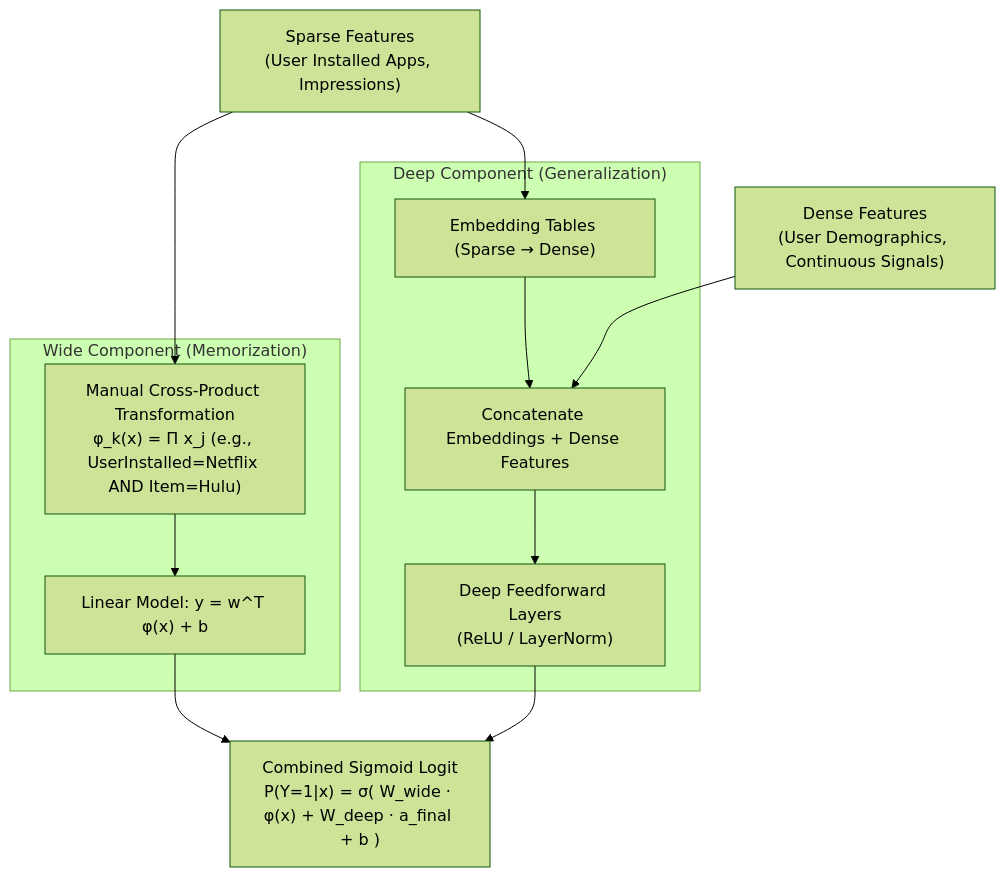
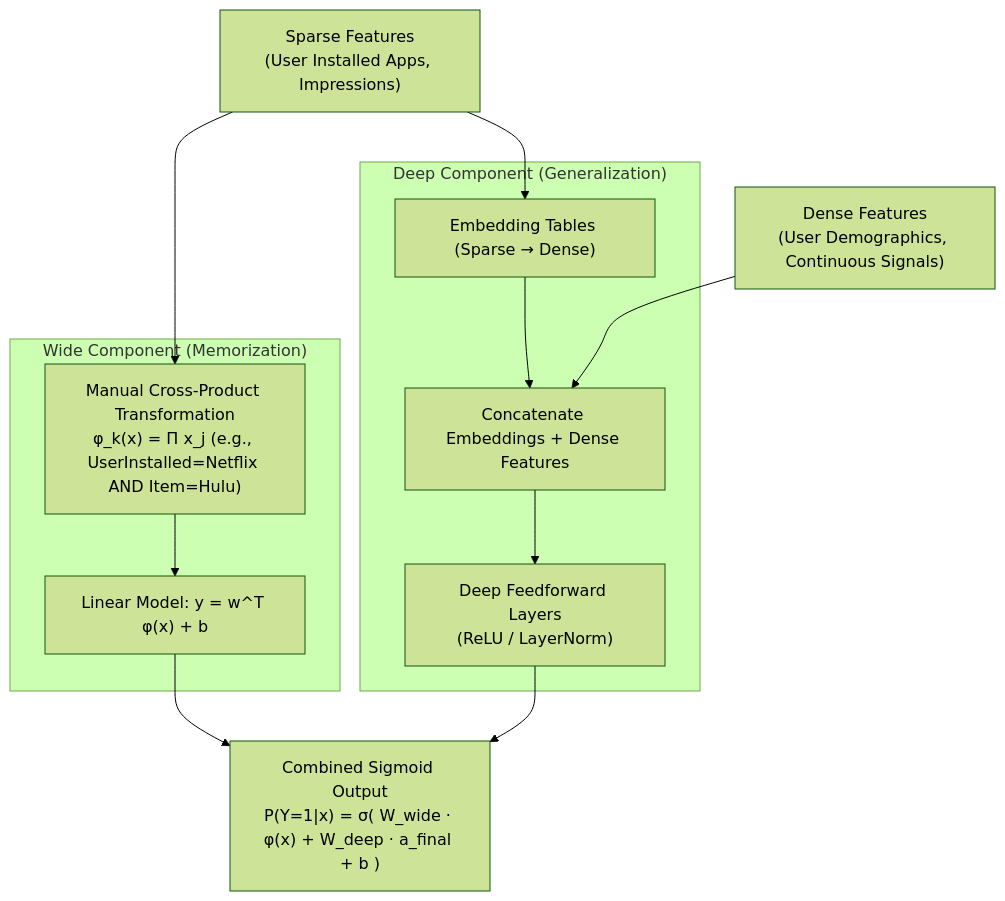
The seventh of 15 diagrams in System_Design/01_Recommendation_Systems/Part_2_Ranking_PreRanking_and_Feature_Engineering.md (jyotipmahes/ML-Interview-Prep), drawn with Mermaid (forest theme) before and after one commit. The commit also changed other lines of this file, not shown here.

````diff
--- a/System_Design/01_Recommendation_Systems/Part_2_Ranking_PreRanking_and_Feature_Engineering.md
+++ b/System_Design/01_Recommendation_Systems/Part_2_Ranking_PreRanking_and_Feature_Engineering.md
@@ -330,26 +390,26 @@
 ```mermaid
 flowchart TD
     InputSparse["Sparse Features<br/>(User Installed Apps, Impressions)"]
     InputDense["Dense Features<br/>(User Demographics, Continuous Signals)"]
-    
+   
     subgraph WideComponent ["Wide Component (Memorization)"]
         CrossProd["Manual Cross-Product Transformation<br/>φ_k(x) = Π x_j (e.g., UserInstalled=Netflix AND Item=Hulu)"]
         WideLinear["Linear Model: y = w^T φ(x) + b"]
         CrossProd --> WideLinear
     end
 
     subgraph DeepComponent ["Deep Component (Generalization)"]
         Embed["Embedding Tables (Sparse → Dense)"]
         Concat["Concatenate Embeddings + Dense Features"]
         MLP["Deep Feedforward Layers<br/>(ReLU / LayerNorm)"]
         Embed --> Concat
         Concat --> MLP
     end
 
     InputSparse --> CrossProd
     InputSparse --> Embed
     InputDense --> Concat
 
-    WideLinear --> Sigmoid["Combined Sigmoid Logit<br/>P(Y=1|x) = σ( W_wide · φ(x) + W_deep · a_final + b )"]
+    WideLinear --> Sigmoid["Combined Sigmoid Output<br/>P(Y=1|x) = σ( W_wide · φ(x) + W_deep · a_final + b )"]
     MLP --> Sigmoid
 ```
````
